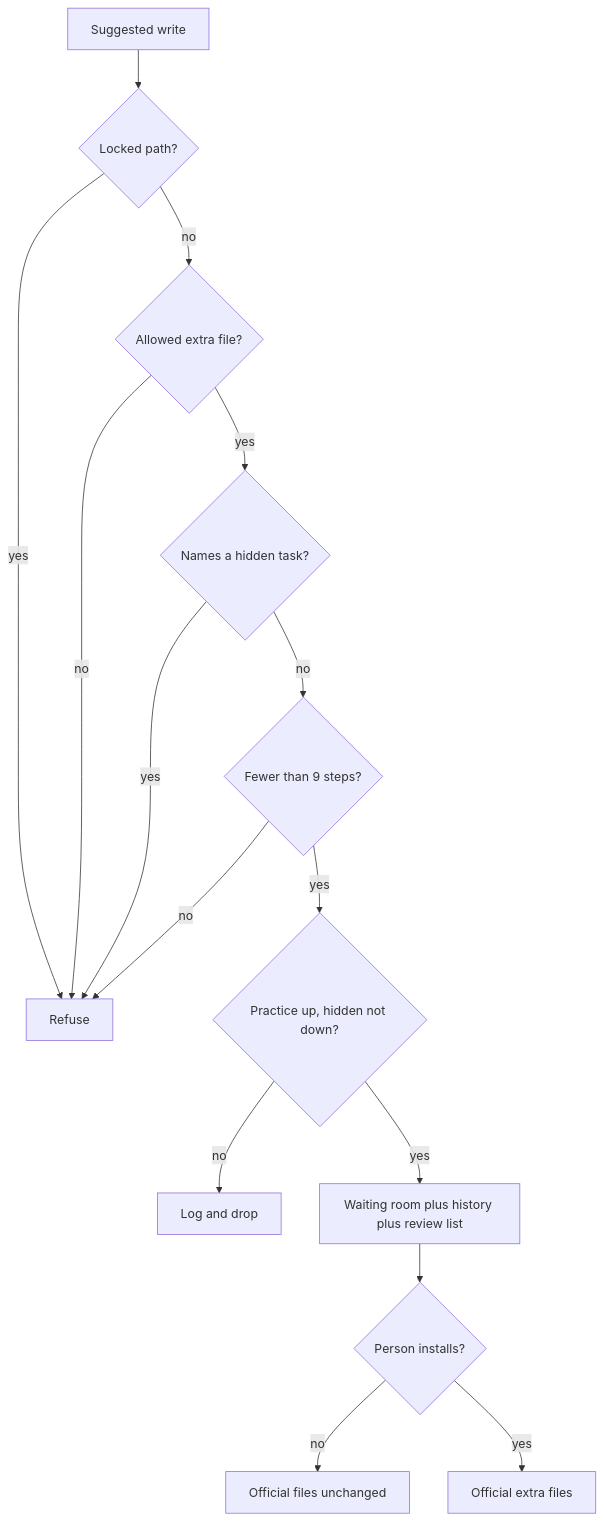
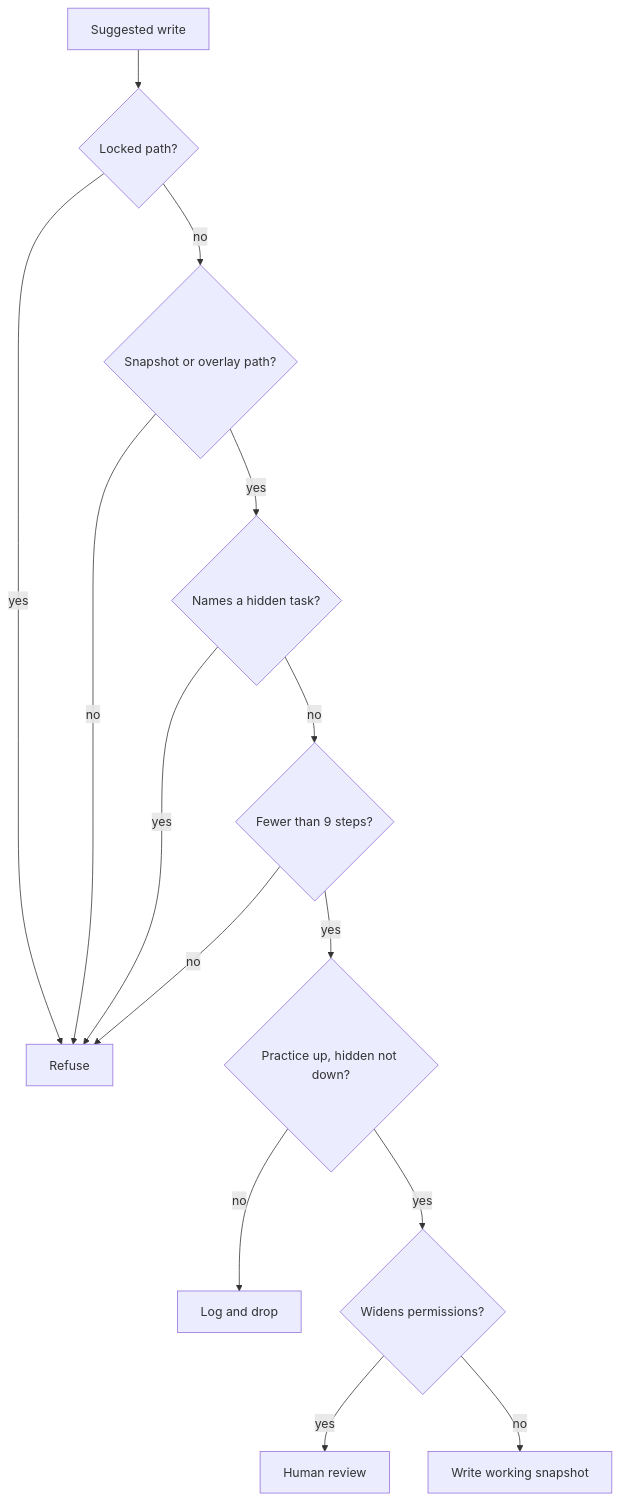
The third of 3 diagrams in README.md (Vinayak-RZ/Improveness), drawn with Mermaid before and after one commit. The commit also changed other lines of this file and 26 other files, not shown here.

First line of the commit message:
docs(vision): adopt D14 snapshot-apply and spatiotemporal composability

````diff
--- a/README.md
+++ b/README.md
@@ -194,17 +212,16 @@
 ```mermaid
 flowchart TD
   write[Suggested write] --> locked{Locked path?}
   locked -->|yes| deny[Refuse]
-  locked -->|no| allow{Allowed extra file?}
+  locked -->|no| allow{Snapshot or overlay path?}
   allow -->|no| deny
   allow -->|yes| peek{Names a hidden task?}
   peek -->|yes| deny
   peek -->|no| cap{Fewer than 9 steps?}
   cap -->|no| deny
   cap -->|yes| gate{Practice up, hidden not down?}
   gate -->|no| reject[Log and drop]
-  gate -->|yes| stage[Waiting room plus history plus review list]
-  stage --> human{Person installs?}
-  human -->|no| stay[Official files unchanged]
-  human -->|yes| official[Official extra files]
+  gate -->|yes| widen{Widens permissions?}
+  widen -->|yes| human[Human review]
+  widen -->|no| apply[Write working snapshot]
 ```
````
